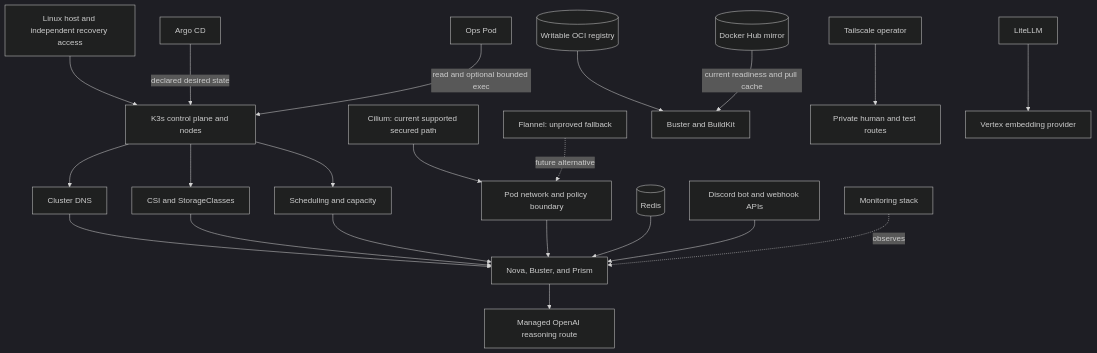
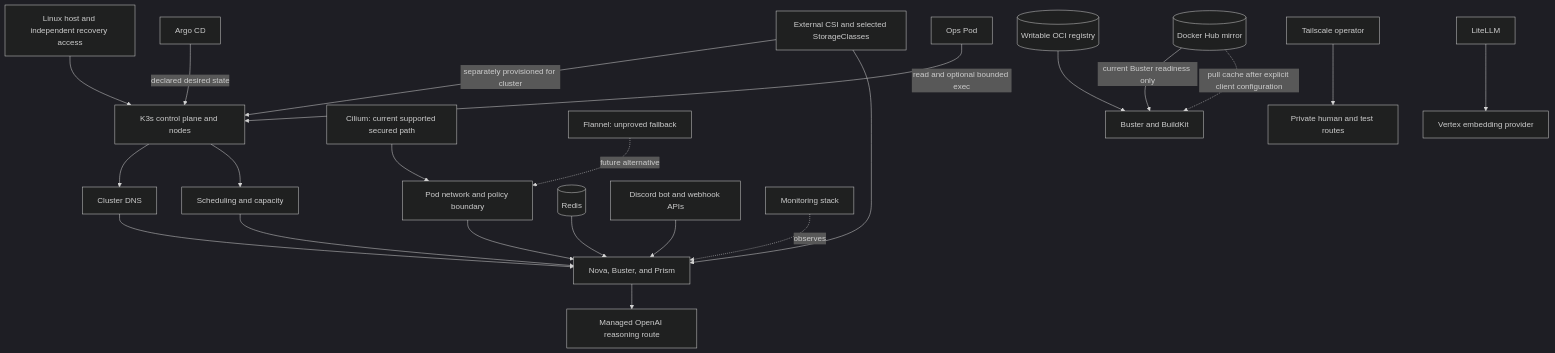
Before and after one commit to datrab/kubeclaw: the diagram in docs/site/understand/platform-and-operations.md, drawn with Mermaid (dark theme). The commit also changed other lines of this file and 8 other files, not shown here.

Commit message:
docs: correct corpus generation links and platform storage and mirror boundaries

````diff
--- a/docs/site/understand/platform-and-operations.md
+++ b/docs/site/understand/platform-and-operations.md
@@ -63,23 +63,24 @@
 ```mermaid
 flowchart TB
     Host[Linux host and independent recovery access] --> K3s[K3s control plane and nodes]
     K3s --> DNS[Cluster DNS]
-    K3s --> Storage[CSI and StorageClasses]
+    Storage[External CSI and selected StorageClasses] -->|separately provisioned for cluster| K3s
     K3s --> Scheduler[Scheduling and capacity]
     Cilium[Cilium: current supported secured path] --> Network[Pod network and policy boundary]
     Flannel[Flannel: unproved fallback] -. future alternative .-> Network
     Argo[Argo CD] -->|declared desired state| K3s
     DNS --> Runtime[Nova, Buster, and Prism]
     Storage --> Runtime
     Scheduler --> Runtime
     Network --> Runtime
     Redis[(Redis)] --> Runtime
     Registry[(Writable OCI registry)] --> Buster[Buster and BuildKit]
-    Mirror[(Docker Hub mirror)] -->|current readiness and pull cache| Buster
+    Mirror[(Docker Hub mirror)] -->|current Buster readiness only| Buster
+    Mirror -.->|pull cache after explicit client configuration| Buster
     Tail[Tailscale operator] --> Entry[Private human and test routes]
     Lite[LiteLLM] --> Vertex[Vertex embedding provider]
     Runtime --> OpenAI[Managed OpenAI reasoning route]
     Discord[Discord bot and webhook APIs] --> Runtime
     Ops[Ops Pod] -->|read and optional bounded exec| K3s
     Monitor[Monitoring stack] -. observes .-> Runtime
 ```
````
